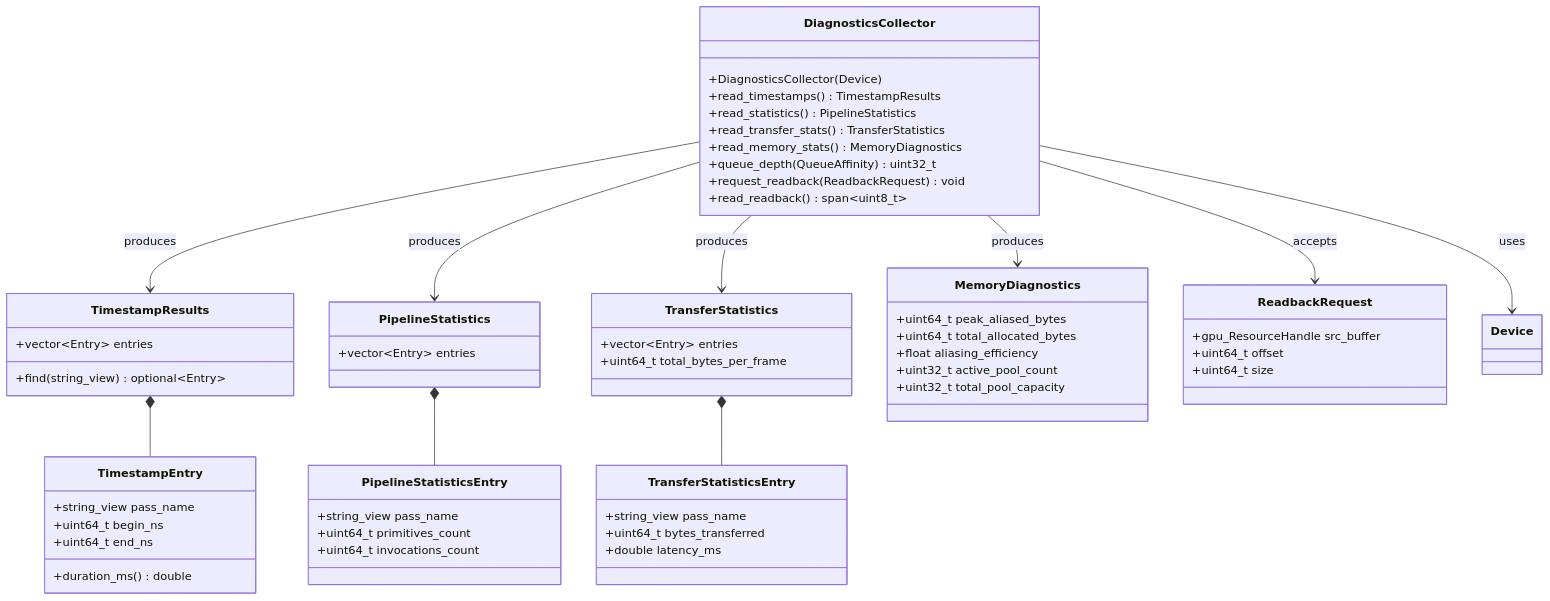
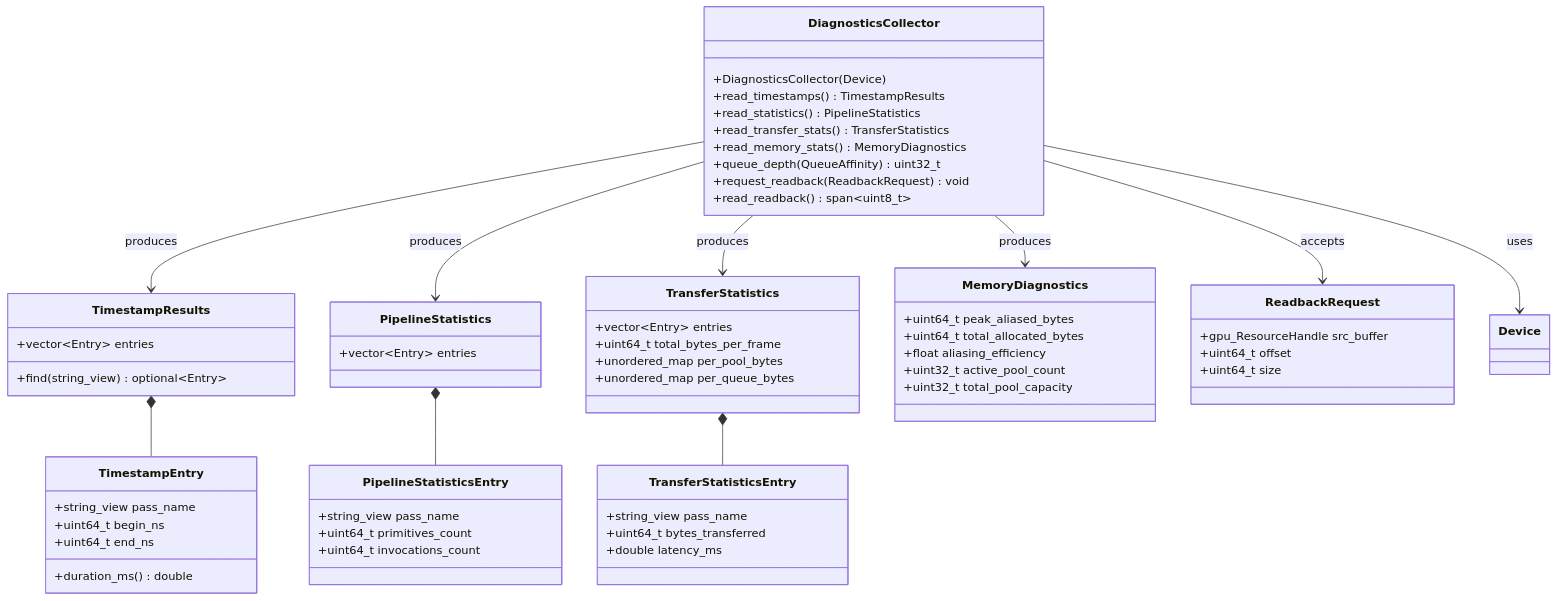
The eighth of 15 diagrams in docs/design/render-graph-classes.md (harmonius-dev/harmonius), drawn with Mermaid before and after one commit. The commit also changed other lines of this file and 10 other files, not shown here.

````diff
--- a/docs/design/render-graph-classes.md
+++ b/docs/design/render-graph-classes.md
@@ -637,62 +676,64 @@
 ```mermaid
 classDiagram
     class DiagnosticsCollector {
         +DiagnosticsCollector(Device)
         +read_timestamps() TimestampResults
         +read_statistics() PipelineStatistics
         +read_transfer_stats() TransferStatistics
         +read_memory_stats() MemoryDiagnostics
         +queue_depth(QueueAffinity) uint32_t
         +request_readback(ReadbackRequest) void
         +read_readback() span~uint8_t~
     }
     class TimestampResults {
         +vector~Entry~ entries
         +find(string_view) optional~Entry~
     }
     class TimestampEntry {
         +string_view pass_name
         +uint64_t begin_ns
         +uint64_t end_ns
         +duration_ms() double
     }
     class PipelineStatistics {
         +vector~Entry~ entries
     }
     class PipelineStatisticsEntry {
         +string_view pass_name
         +uint64_t primitives_count
         +uint64_t invocations_count
     }
     class TransferStatistics {
         +vector~Entry~ entries
         +uint64_t total_bytes_per_frame
+        +unordered_map per_pool_bytes
+        +unordered_map per_queue_bytes
     }
     class TransferStatisticsEntry {
         +string_view pass_name
         +uint64_t bytes_transferred
         +double latency_ms
     }
     class MemoryDiagnostics {
         +uint64_t peak_aliased_bytes
         +uint64_t total_allocated_bytes
         +float aliasing_efficiency
         +uint32_t active_pool_count
         +uint32_t total_pool_capacity
     }
     class ReadbackRequest {
         +gpu_ResourceHandle src_buffer
         +uint64_t offset
         +uint64_t size
     }
 
     DiagnosticsCollector --> TimestampResults : produces
     DiagnosticsCollector --> PipelineStatistics : produces
     DiagnosticsCollector --> TransferStatistics : produces
     DiagnosticsCollector --> MemoryDiagnostics : produces
     DiagnosticsCollector --> ReadbackRequest : accepts
     DiagnosticsCollector --> Device : uses
     TimestampResults *-- TimestampEntry
     PipelineStatistics *-- PipelineStatisticsEntry
     TransferStatistics *-- TransferStatisticsEntry
 ```
````
